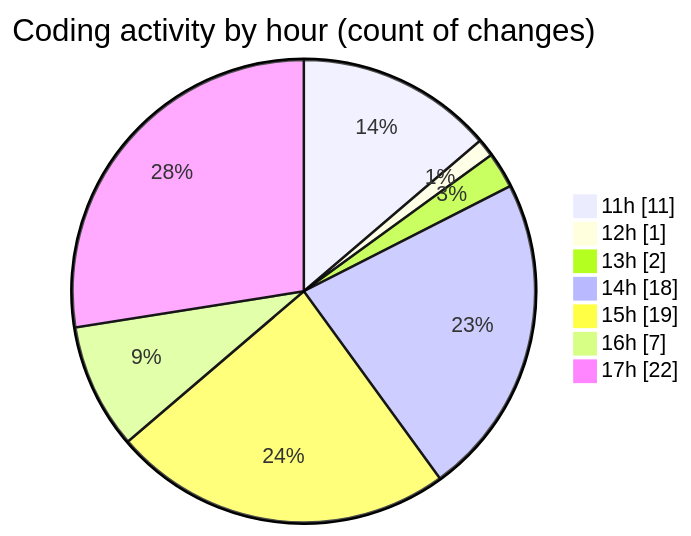
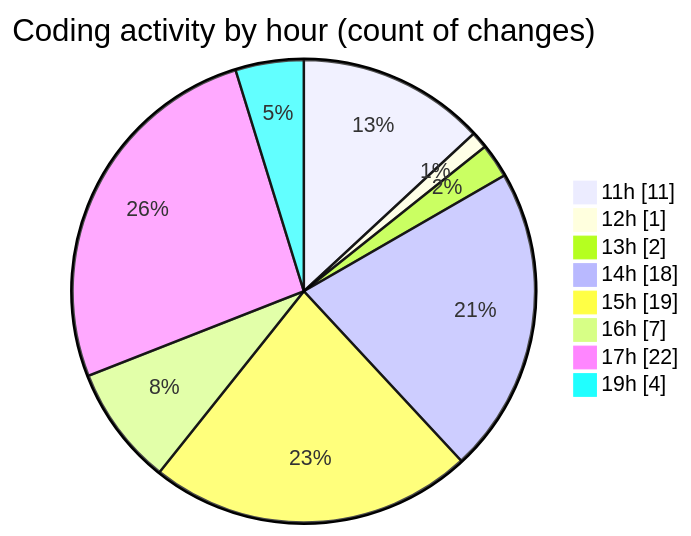
The second of 2 diagrams in 2026-08-24/cda/README.md (momahboobian/code-tracking), drawn with Mermaid before and after one commit. The commit also changed other lines of this file and 1 other file, not shown here.

````diff
--- a/2026-08-24/cda/README.md
+++ b/2026-08-24/cda/README.md
@@ -53,11 +53,12 @@
 ```mermaid
 pie showData
 title Coding activity by hour (count of changes)
 "11h" : 11
 "12h" : 1
 "13h" : 2
 "14h" : 18
 "15h" : 19
 "16h" : 7
 "17h" : 22
+"19h" : 4
 ```
````
